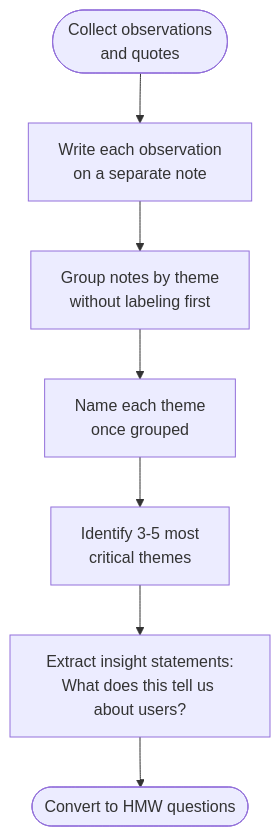
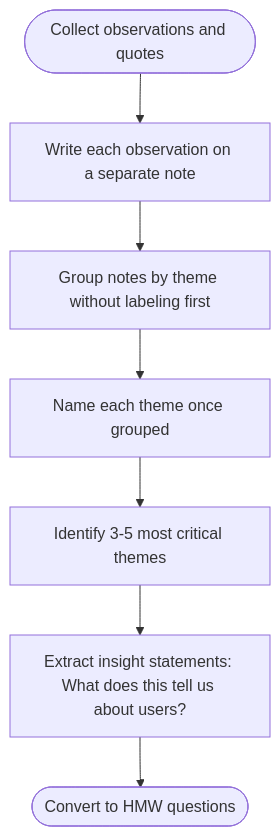
Before and after one commit to ivanyeors/product-agentic-templates: the first of 2 diagrams in .cursor/skills/01-product-discovery/research-guide.md, drawn with Mermaid. The commit also changed other lines of this file and 39 other files, not shown here.

````diff
--- a/.cursor/skills/01-product-discovery/research-guide.md
+++ b/.cursor/skills/01-product-discovery/research-guide.md
@@ -85,9 +85,9 @@
 ```mermaid
 flowchart TD
-    collect([Collect observations\nand quotes]) --> notes[Write each observation\non a separate note]
-    notes --> group[Group notes by theme\nwithout labeling first]
-    group --> name[Name each theme\nonce grouped]
-    name --> prioritise[Identify 3-5 most\ncritical themes]
-    prioritise --> insights[Extract insight statements:\nWhat does this tell us about users?]
+    collect([Collect observations and quotes]) --> notes[Write each observation on a separate note]
+    notes --> group[Group notes by theme without labeling first]
+    group --> name[Name each theme once grouped]
+    name --> prioritise[Identify 3-5 most critical themes]
+    prioritise --> insights[Extract insight statements: What does this tell us about users?]
     insights --> hmw([Convert to HMW questions])
 ```
````
